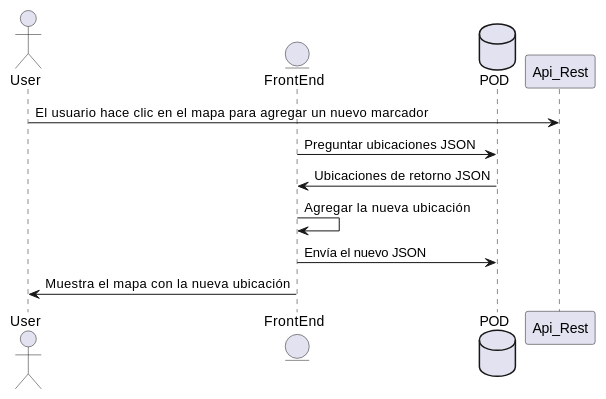
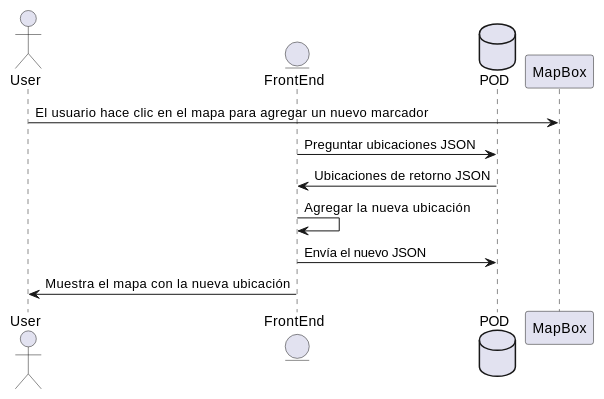
One commit to Arquisoft/lomap_es6a changed the third of 5 diagrams in docs/06_runtime_view.adoc. Above: the diagram before and after it, drawn with PlantUML. The commit also changed other lines of this file, not shown here.

```diff
--- a/docs/06_runtime_view.adoc
+++ b/docs/06_runtime_view.adoc
@@ -44,13 +43,13 @@
-[plantuml,"Sequence diagram - Saving Locations - mobileapp",png] 
+[plantuml,"Sequence diagram3",png]
 ----
 actor User 
 entity FrontEnd
 database POD 
  
-User-> Api_Rest: El usuario hace clic en el mapa para agregar un nuevo marcador 
+User-> MapBox: El usuario hace clic en el mapa para agregar un nuevo marcador 
 FrontEnd ->POD: Preguntar ubicaciones JSON 
 POD-> FrontEnd: Ubicaciones de retorno JSON
 FrontEnd -> FrontEnd: Agregar la nueva ubicación
 FrontEnd ->POD: Envía el nuevo JSON
 FrontEnd ->User: Muestra el mapa con la nueva ubicación
 ----  
```
